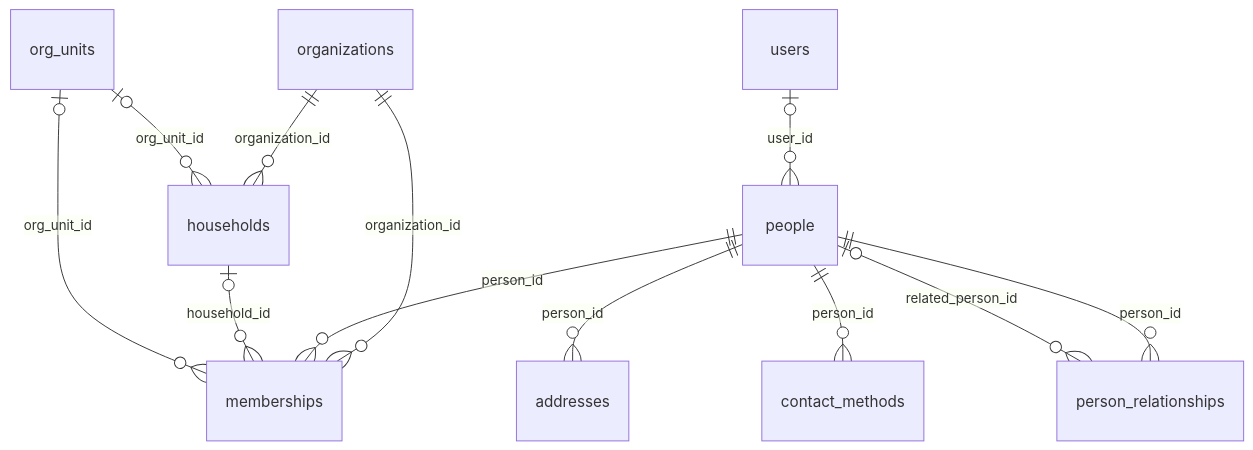
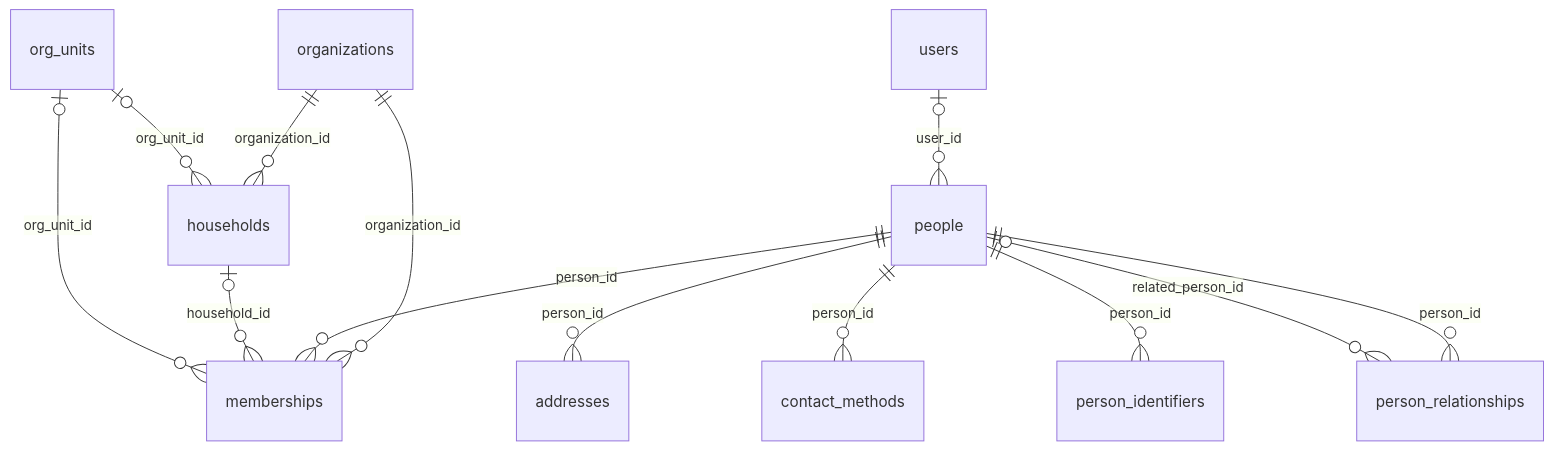
Before and after one commit to chenson42/presby: the second of 9 diagrams in docs/schema-design.md, drawn with Mermaid. The commit also changed other lines of this file and 7 other files, not shown here.

First line of the commit message:
feat(schema): add person_identifiers and one-active-membership constraint

````diff
--- a/docs/schema-design.md
+++ b/docs/schema-design.md
@@ -105,14 +105,15 @@
 ```mermaid
 erDiagram
   people ||--o{ addresses : "person_id"
   people ||--o{ contact_methods : "person_id"
   organizations ||--o{ households : "organization_id"
   org_units |o--o{ households : "org_unit_id"
   organizations ||--o{ memberships : "organization_id"
   people ||--o{ memberships : "person_id"
   households |o--o{ memberships : "household_id"
   org_units |o--o{ memberships : "org_unit_id"
   users |o--o{ people : "user_id"
+  people ||--o{ person_identifiers : "person_id"
   people ||--o{ person_relationships : "person_id"
   people |o--o{ person_relationships : "related_person_id"
 ```
````
